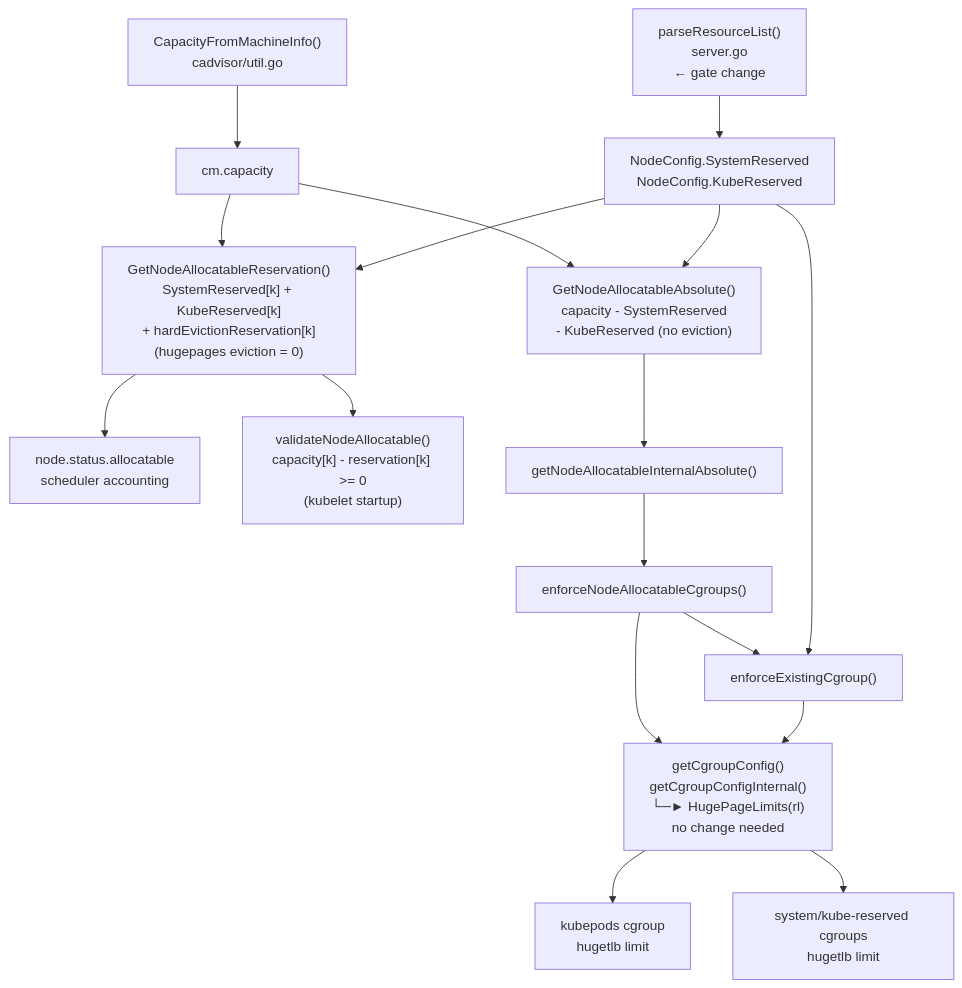
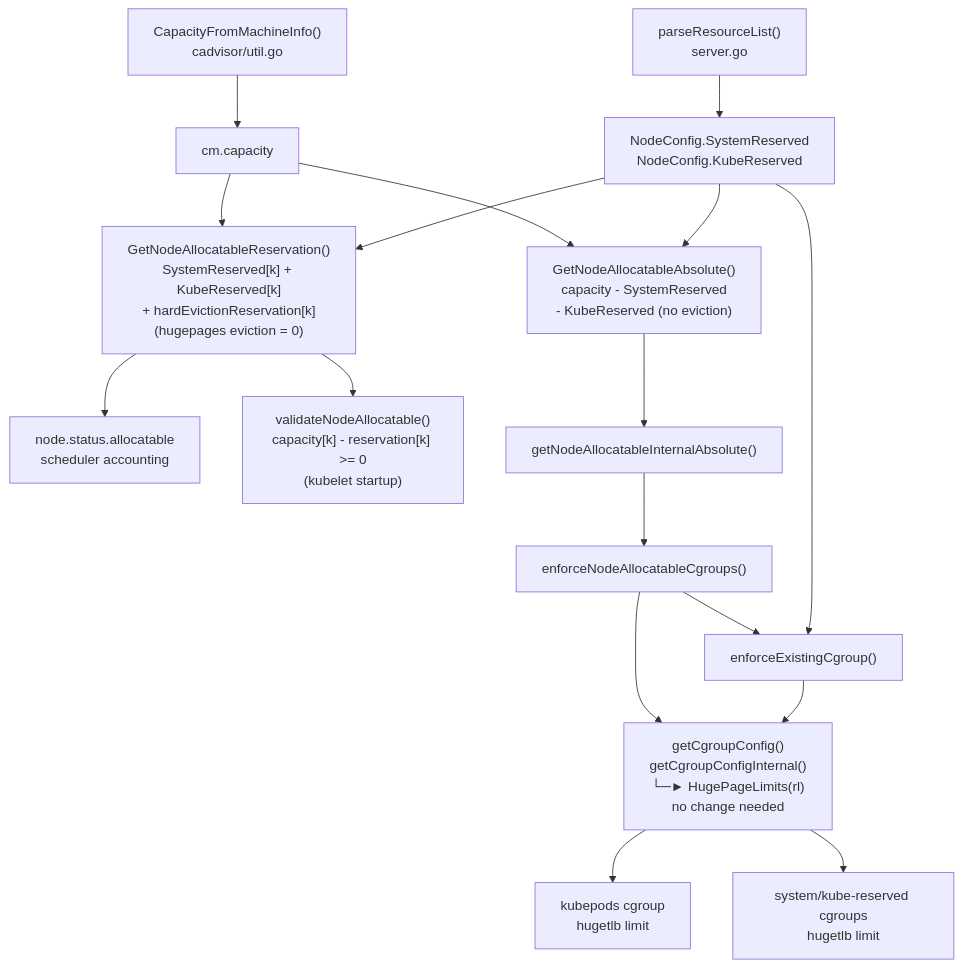
One commit to kubernetes/enhancements changed the diagram in keps/sig-node/6252-system-reserved-hugepages/README.md. Above: the diagram before and after it, drawn with Mermaid. The commit also changed other lines of this file and 1 other file, not shown here.

````diff
--- a/keps/sig-node/6252-system-reserved-hugepages/README.md
+++ b/keps/sig-node/6252-system-reserved-hugepages/README.md
@@ -261,33 +260,33 @@
 ```mermaid
 flowchart TD
     cadvisor["CapacityFromMachineInfo()\ncadvisor/util.go"]
-    parse["parseResourceList()\nserver.go\n← gate change"]
+    parse["parseResourceList()\nserver.go"]
     capacity["cm.capacity"]
     nodeConfig["NodeConfig.SystemReserved\nNodeConfig.KubeReserved"]
 
     GNAR["GetNodeAllocatableReservation()\nSystemReserved[k] + KubeReserved[k]\n+ hardEvictionReservation[k]\n(hugepages eviction = 0)"]
     GNAA["GetNodeAllocatableAbsolute()\ncapacity - SystemReserved\n- KubeReserved (no eviction)"]
 
     nodeStatus["node.status.allocatable\nscheduler accounting"]
     validate["validateNodeAllocatable()\ncapacity[k] - reservation[k] >= 0\n(kubelet startup)"]
 
     internalAbs["getNodeAllocatableInternalAbsolute()"]
     enforceNA["enforceNodeAllocatableCgroups()"]
     getCgroup["getCgroupConfig()\ngetCgroupConfigInternal()\n└─► HugePageLimits(rl)\n    no change needed"]
     enforceEC["enforceExistingCgroup()"]
     kubepods["kubepods cgroup\nhugetlb limit"]
     reservedCgroups["system/kube-reserved cgroups\nhugetlb limit"]
 
     cadvisor --> capacity
     parse --> nodeConfig
     capacity --> GNAR
     nodeConfig --> GNAR
     capacity --> GNAA
     nodeConfig --> GNAA
     GNAR --> nodeStatus
     GNAR --> validate
     GNAA --> internalAbs --> enforceNA --> getCgroup --> kubepods
     enforceNA --> enforceEC --> getCgroup
     nodeConfig --> enforceEC
     getCgroup --> reservedCgroups
 ```
````
